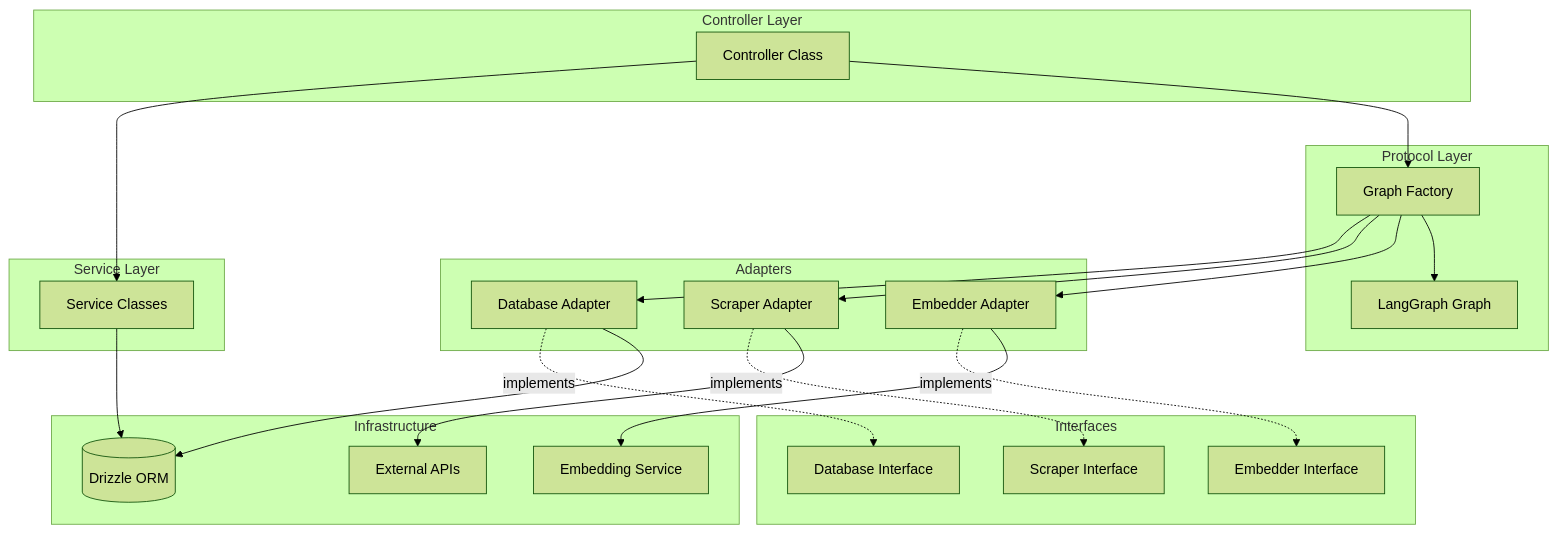
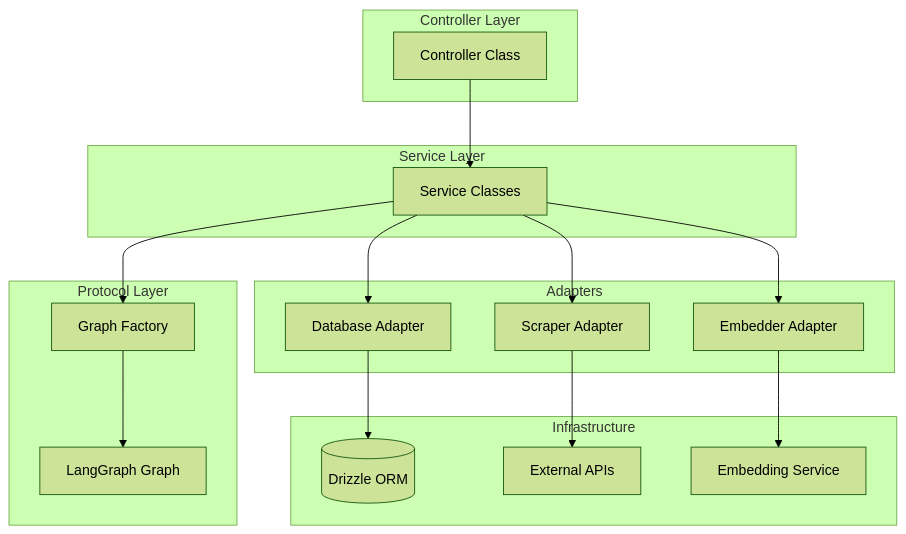
The diagram in protocol/src/controllers/controller.template.md (indexnetwork/claude-plugin), drawn with Mermaid (forest theme) before and after one commit. The commit also changed other lines of this file and 11 other files, not shown here.

````diff
--- a/protocol/src/controllers/controller.template.md
+++ b/protocol/src/controllers/controller.template.md
@@ -21,50 +21,38 @@
 ```mermaid
 graph TB
     subgraph Controller Layer
         C[Controller Class]
     end
     
     subgraph Service Layer
         S[Service Classes]
     end
     
     subgraph Adapters
         DA[Database Adapter]
         SA[Scraper Adapter]
         EA[Embedder Adapter]
     end
     
-    subgraph Interfaces
-        DI[Database Interface]
-        SI[Scraper Interface]
-        EI[Embedder Interface]
-    end
-    
     subgraph Infrastructure
         DB[(Drizzle ORM)]
         API[External APIs]
         EMB[Embedding Service]
     end
     
     subgraph Protocol Layer
         GF[Graph Factory]
         G[LangGraph Graph]
     end
     
     C --> S
-    C --> GF
-    S --> DB
-    GF --> DA
-    GF --> SA
-    GF --> EA
-    
-    DA -.implements.-> DI
-    SA -.implements.-> SI
-    EA -.implements.-> EI
+    S --> DA
+    S --> SA
+    S --> EA
+    S --> GF
+    GF --> G
     
     DA --> DB
     SA --> API
     EA --> EMB
-    
-    GF --> G
 ```
````
